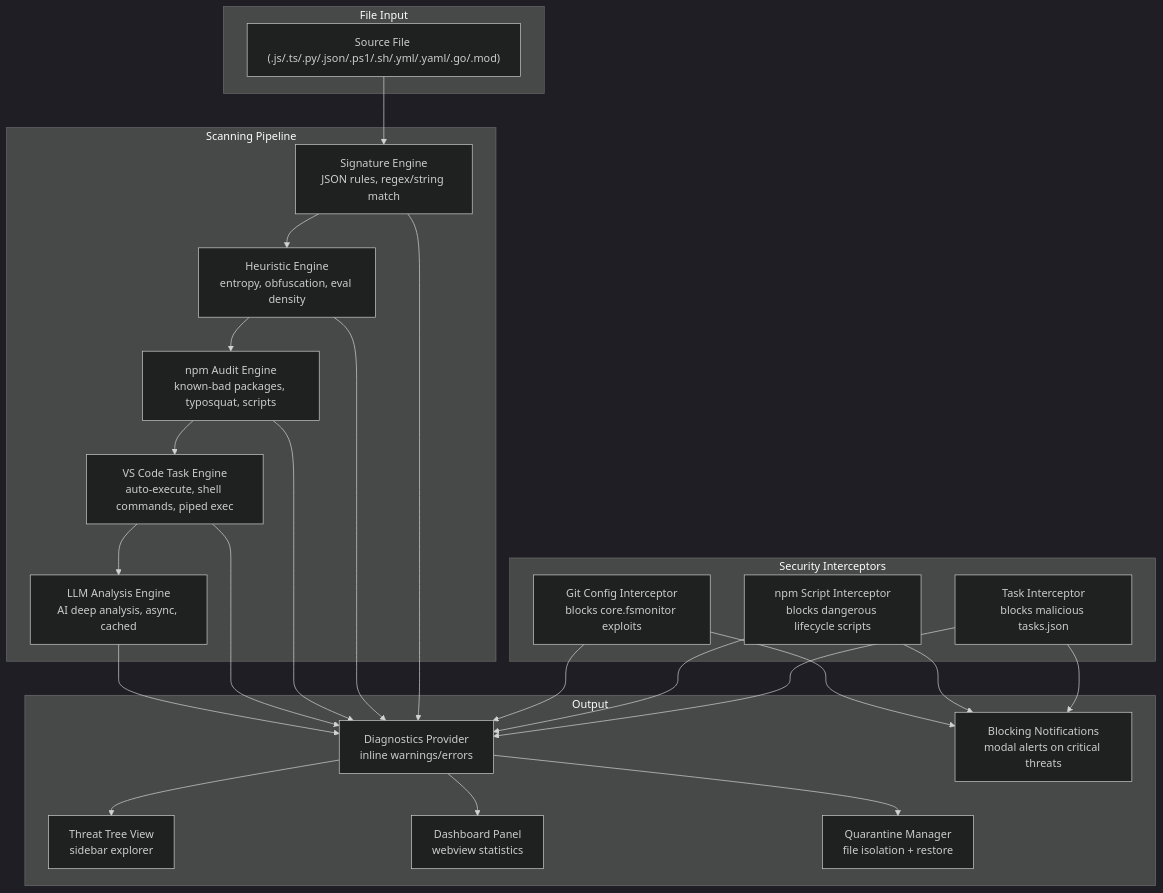
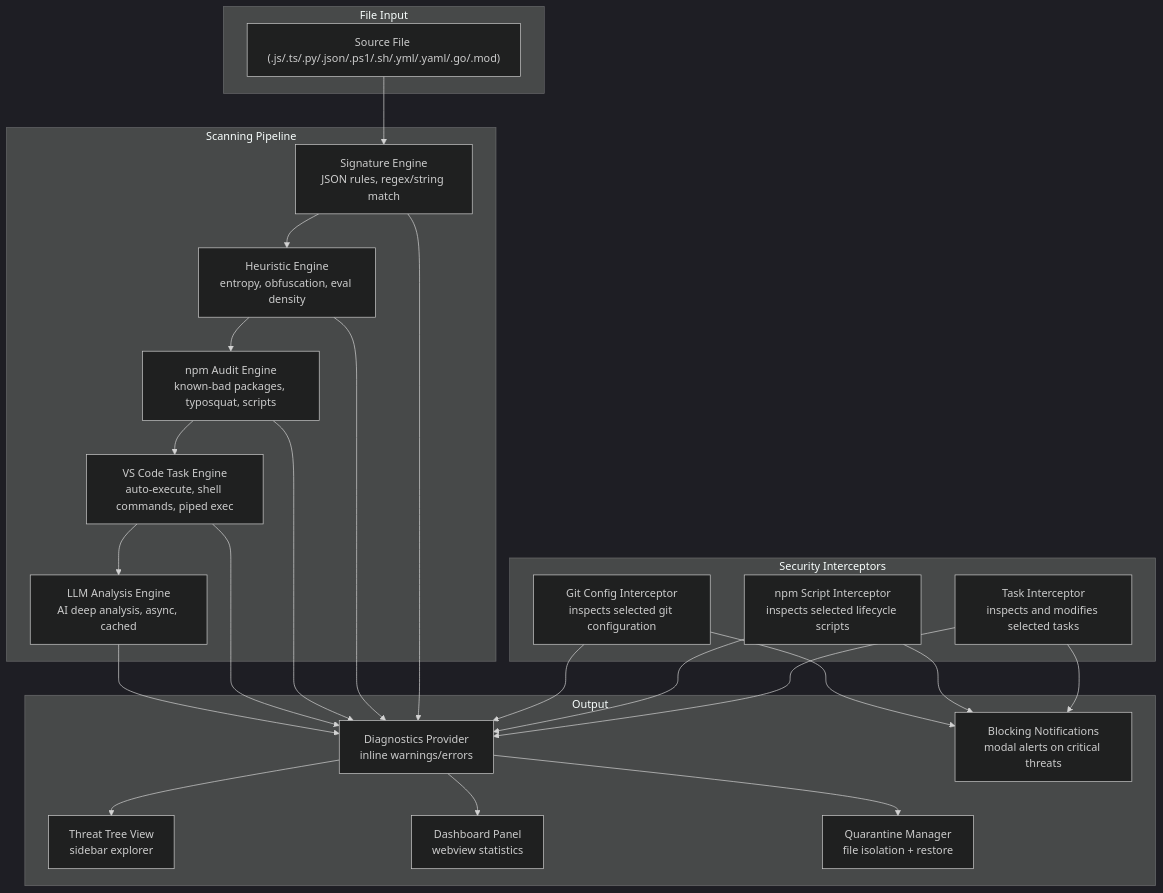
One commit to rodhayl/VSCodeAntivir changed the diagram in README.md. Above: the diagram before and after it, drawn with Mermaid (dark theme). The commit also changed other lines of this file, not shown here.

`````diff
--- a/README.md
+++ b/README.md
@@ -96,44 +112,44 @@
 ````mermaid
 graph TD
     subgraph "File Input"
         A["Source File (.js/.ts/.py/.json/.ps1/.sh/.yml/.yaml/.go/.mod)"]
     end
 
     subgraph "Scanning Pipeline"
         B["Signature Engine<br>JSON rules, regex/string match"]
         C["Heuristic Engine<br>entropy, obfuscation, eval density"]
         D["npm Audit Engine<br>known-bad packages, typosquat, scripts"]
         E["VS Code Task Engine<br>auto-execute, shell commands, piped exec"]
         F["LLM Analysis Engine<br>AI deep analysis, async, cached"]
     end
 
     subgraph "Security Interceptors"
-        G["Task Interceptor<br>blocks malicious tasks.json"]
-        H["npm Script Interceptor<br>blocks dangerous lifecycle scripts"]
-        I["Git Config Interceptor<br>blocks core.fsmonitor exploits"]
+        G["Task Interceptor<br>inspects and modifies selected tasks"]
+        H["npm Script Interceptor<br>inspects selected lifecycle scripts"]
+        I["Git Config Interceptor<br>inspects selected git configuration"]
     end
 
     subgraph "Output"
         J["Diagnostics Provider<br>inline warnings/errors"]
         K["Threat Tree View<br>sidebar explorer"]
         L["Dashboard Panel<br>webview statistics"]
         M["Quarantine Manager<br>file isolation + restore"]
         N["Blocking Notifications<br>modal alerts on critical threats"]
     end
 
     A --> B --> C --> D --> E --> F
     G --> J
     H --> J
     I --> J
     B --> J
     C --> J
     D --> J
     E --> J
     F --> J
     J --> K
     J --> L
     J --> M
     G --> N
     H --> N
     I --> N
 ````
`````
